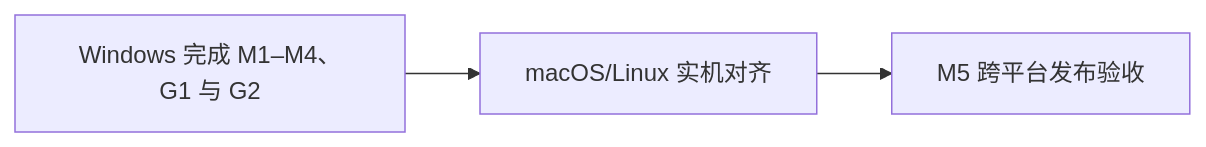
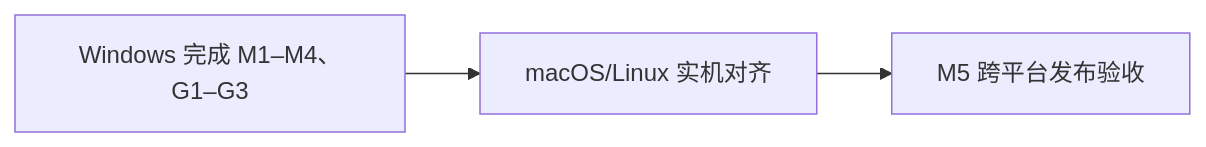
The diagram in docs/milestones/0.3.0/cross-platform-alignment.md (SkyJourney/cli-launchpad), drawn with Mermaid before and after one commit. The commit also changed other lines of this file and 23 other files, not shown here.

````diff
--- a/docs/milestones/0.3.0/cross-platform-alignment.md
+++ b/docs/milestones/0.3.0/cross-platform-alignment.md
@@ -11,4 +11,4 @@
 ```mermaid
 flowchart LR
-    win["Windows 完成 M1–M4、G1 与 G2"] --> align["macOS/Linux 实机对齐"] --> m5["M5 跨平台发布验收"]
+    win["Windows 完成 M1–M4、G1–G3"] --> align["macOS/Linux 实机对齐"] --> m5["M5 跨平台发布验收"]
 ```
````
